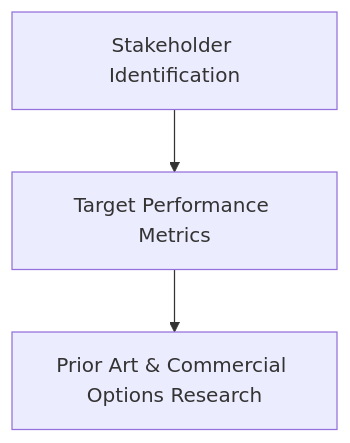
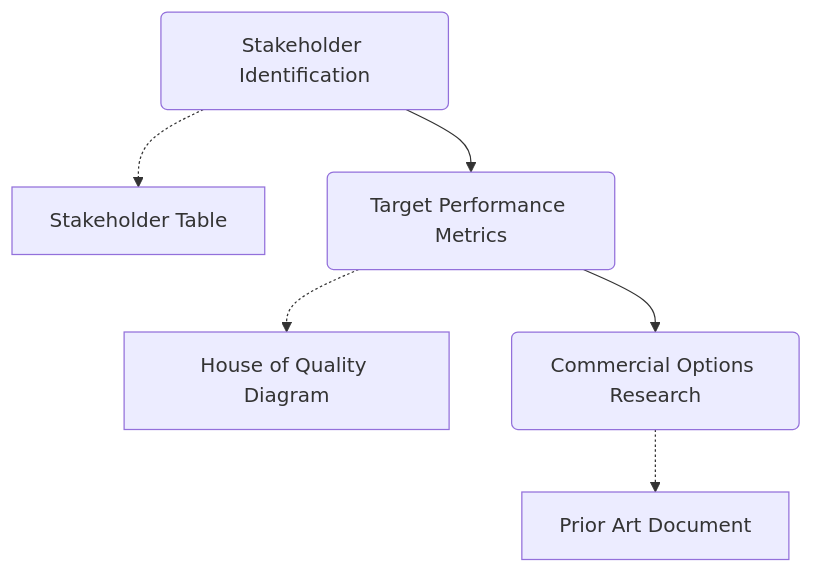
One commit to UA-ACUASI-Engineering/Payload_Integration changed the diagram in Section 1 Initial Assessment and Research.md. Above: the diagram before and after it, drawn with Mermaid. The commit also changed 9 other files, not shown here.

````diff
--- a/Section 1 Initial Assessment and Research.md
+++ b/Section 1 Initial Assessment and Research.md
@@ -12,6 +12,8 @@
 ```mermaid
 graph TD
-
-Stak[Stakeholder Identification] --> Perf[Target Performance Metrics]
-Perf[Target Performance Metrics] --> Res[Prior Art & Commercial Options Research]
+    Stak(Stakeholder Identification) -.-> StakeTab[Stakeholder Table]
+    Stak --> Perf(Target Performance Metrics)
+    Perf -.-> HouseDia[House of Quality Diagram]
+    Perf --> Res(Commercial Options Research)
+    Res -.-> PriorArt[Prior Art Document]
 ```
````
